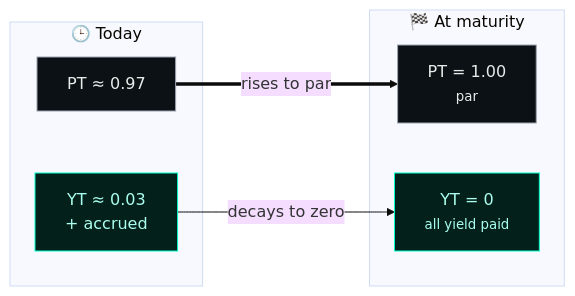
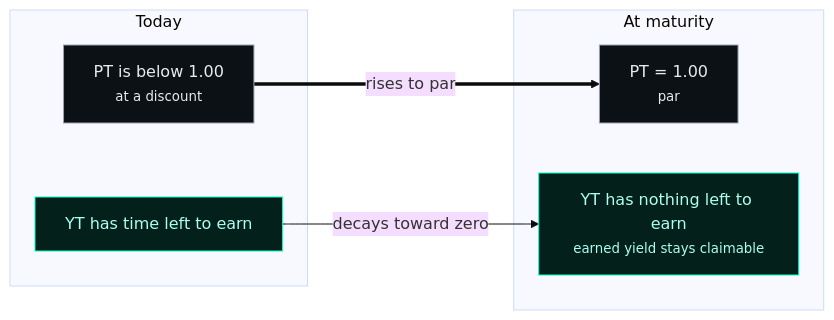
The third of 3 diagrams in content/docs/how-it-works/pt-and-yt.mdx (Suryashish/spield-docs), drawn with Mermaid (base theme) before and after one commit. The commit also changed other lines of this file and 56 other files, not shown here.

````diff
--- a/content/docs/how-it-works/pt-and-yt.mdx
+++ b/content/docs/how-it-works/pt-and-yt.mdx
@@ -89,18 +130,18 @@
 ```mermaid
 flowchart LR
-  subgraph T["🕒 Today"]
-    PTa["PT ≈ 0.97"]
-    YTa["YT ≈ 0.03<br/>+ accrued"]
+  subgraph T["Today"]
+    PTa["PT is below 1.00<br/><small>at a discount</small>"]
+    YTa["YT has time left to earn"]
   end
-  subgraph M["🏁 At maturity"]
+  subgraph M["At maturity"]
     PTb["PT = 1.00<br/><small>par</small>"]
-    YTb["YT = 0<br/><small>all yield paid</small>"]
+    YTb["YT has nothing left to earn<br/><small>earned yield stays claimable</small>"]
   end
   PTa ==>|rises to par| PTb
-  YTa -->|decays to zero| YTb
+  YTa -->|decays toward zero| YTb
 
   classDef pt fill:#0c1116,stroke:#9ca3af,color:#e7ecea;
   classDef yt fill:#04201b,stroke:#00ffcc,color:#aafff0;
   class PTa,PTb pt;
   class YTa,YTb yt;
 ```
````
